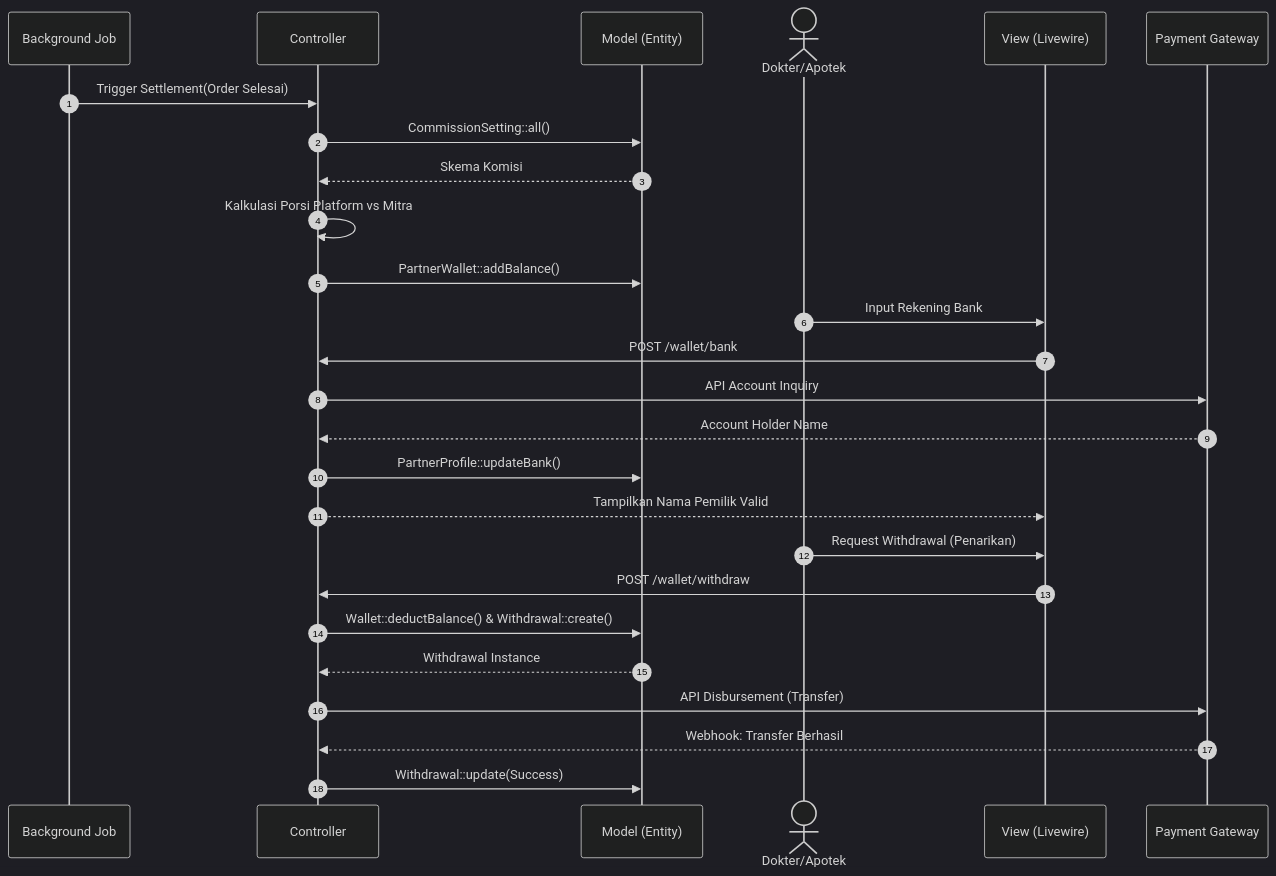
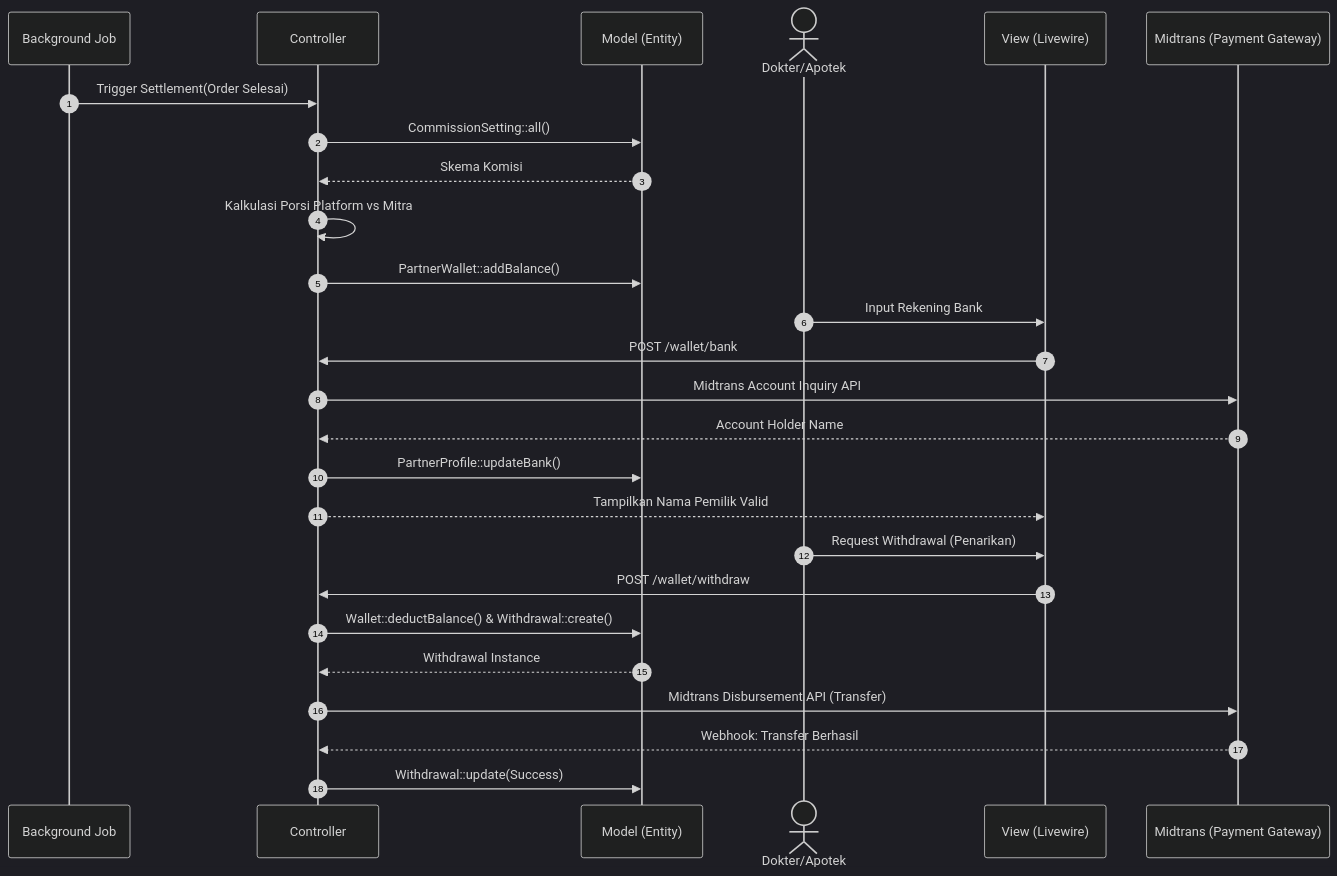
The fourth of 4 diagrams in perancangan sistem telemedicine/05-architecture.md (FathurRozzaq/perancangan-sistem-toko-online-obat), drawn with Mermaid (dark theme) before and after one commit. The commit also changed other lines of this file and 3 other files, not shown here.

````diff
--- a/perancangan sistem telemedicine/05-architecture.md
+++ b/perancangan sistem telemedicine/05-architecture.md
@@ -168,33 +128,33 @@
 ```mermaid
 sequenceDiagram
     autonumber
     participant Cron as Background Job
     participant Controller as Controller
     participant Model as Model (Entity)
     actor Mitra as Dokter/Apotek
     participant View as View (Livewire)
-    participant PG as Payment Gateway
+    participant PG as Midtrans (Payment Gateway)
     
     %% Proses Bagi Hasil
     Cron->>Controller: Trigger Settlement(Order Selesai)
     Controller->>Model: CommissionSetting::all()
     Model-->>Controller: Skema Komisi
     Controller->>Controller: Kalkulasi Porsi Platform vs Mitra
     Controller->>Model: PartnerWallet::addBalance()
     
     %% Input Rekening & Pencairan
     Mitra->>View: Input Rekening Bank
     View->>Controller: POST /wallet/bank
-    Controller->>PG: API Account Inquiry
+    Controller->>PG: Midtrans Account Inquiry API
     PG-->>Controller: Account Holder Name
     Controller->>Model: PartnerProfile::updateBank()
     Controller-->>View: Tampilkan Nama Pemilik Valid
     
     Mitra->>View: Request Withdrawal (Penarikan)
     View->>Controller: POST /wallet/withdraw
     Controller->>Model: Wallet::deductBalance() & Withdrawal::create()
     Model-->>Controller: Withdrawal Instance
-    Controller->>PG: API Disbursement (Transfer)
+    Controller->>PG: Midtrans Disbursement API (Transfer)
     PG-->>Controller: Webhook: Transfer Berhasil
     Controller->>Model: Withdrawal::update(Success)
 ```
````
